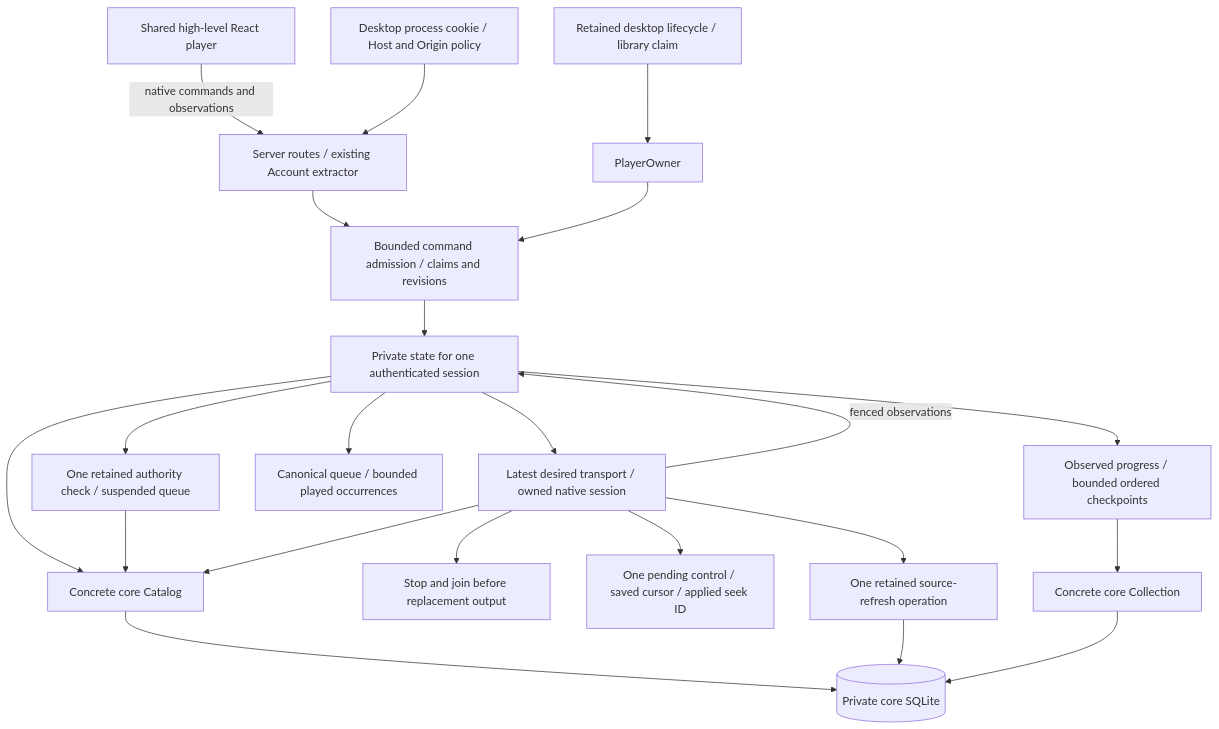
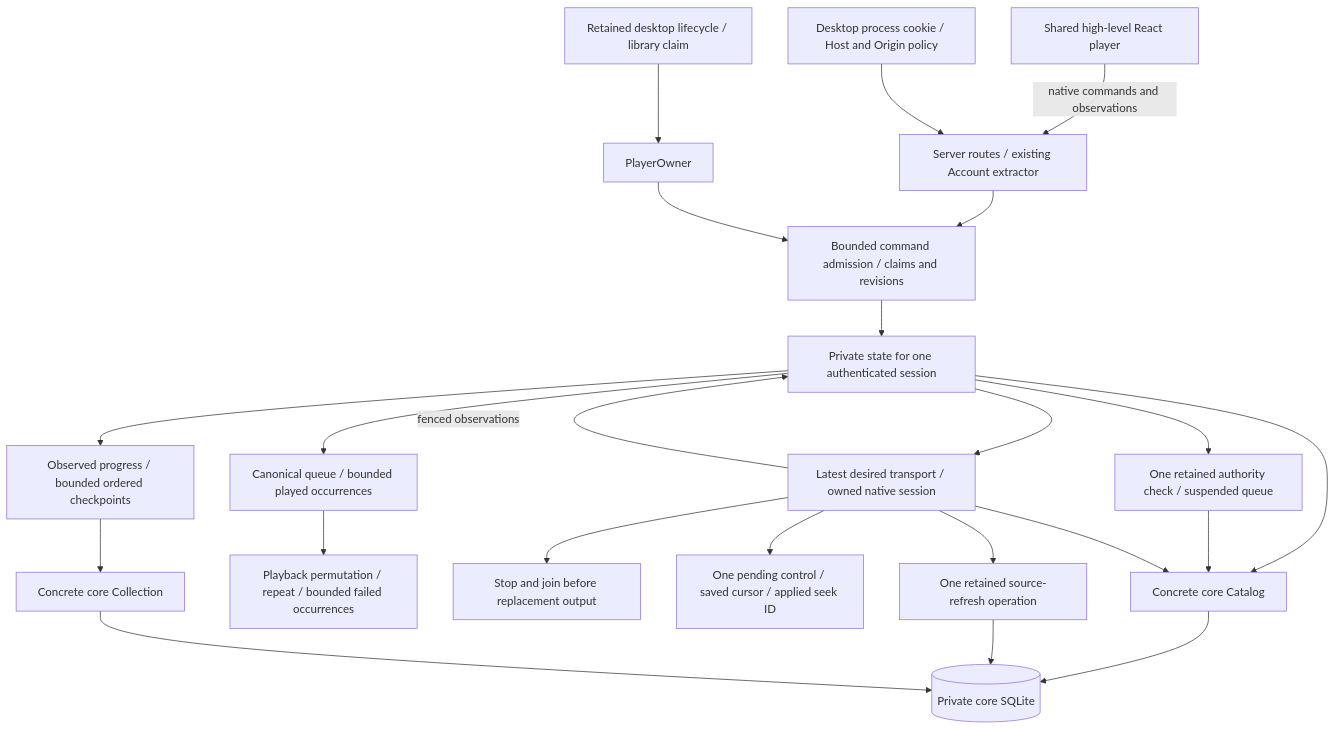
The first of 3 diagrams in docs/native-coordinator.md (acidiney/hitoapp), drawn with Mermaid before and after one commit. The commit also changed other lines of this file, not shown here.

Commit message:
Document canonical queue and playback traversal ownership

````diff
--- a/docs/native-coordinator.md
+++ b/docs/native-coordinator.md
@@ -9,24 +9,25 @@
 ```mermaid
 flowchart TB
   UI[Shared high-level React player] -->|native commands and observations| HTTP[Server routes / existing Account extractor]
   Access[Desktop process cookie / Host and Origin policy] --> HTTP
   HTTP --> Admission[Bounded command admission / claims and revisions]
   Host[Retained desktop lifecycle / library claim] --> Owner[PlayerOwner]
   Owner --> Admission
   Admission --> State[Private state for one authenticated session]
   State --> Catalog[Concrete core Catalog]
   State --> Authority[One retained authority check / suspended queue]
   Authority --> Catalog
   State --> Native[Latest desired transport / owned native session]
   State --> History[Canonical queue / bounded played occurrences]
+  History --> Traversal[Playback permutation / repeat / bounded failed occurrences]
   Native -->|fenced observations| State
   Native --> Catalog
   Native --> Join[Stop and join before replacement output]
   Native --> Controls[One pending control / saved cursor / applied seek ID]
   Native --> Refresh[One retained source-refresh operation]
   State --> Progress[Observed progress / bounded ordered checkpoints]
   Progress --> Collection[Concrete core Collection]
   Catalog --> DB[(Private core SQLite)]
   Refresh --> DB
   Collection --> DB
 ```
````
